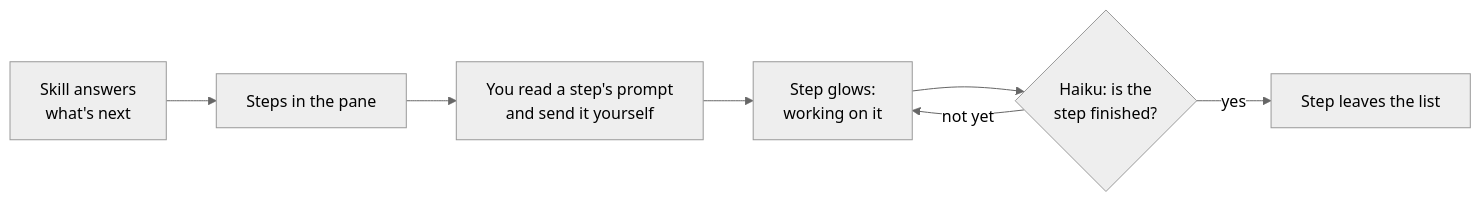
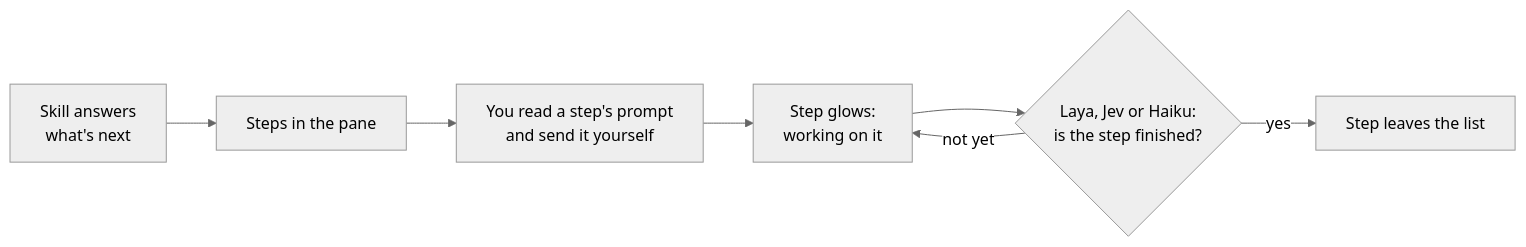
One commit to seanrobertwright/claude-mods changed the diagram in README.md. Above: the diagram before and after it, drawn with Mermaid (neutral theme). The commit also changed other lines of this file and 14 other files, not shown here.

First line of the commit message:
whats-next: ask a System One model whether a turn finished the active step (#194)

````diff
--- a/README.md
+++ b/README.md
@@ -71,9 +71,9 @@
 ```mermaid
 flowchart LR
     A[Skill answers<br/>what's next] --> B[Steps in the pane]
     B --> C[You read a step's prompt<br/>and send it yourself]
     C --> D[Step glows:<br/>working on it]
-    D --> E{Haiku: is the<br/>step finished?}
+    D --> E{Laya, Jev or Haiku:<br/>is the step finished?}
     E -- not yet --> D
     E -- yes --> F[Step leaves the list]
 ```
````
